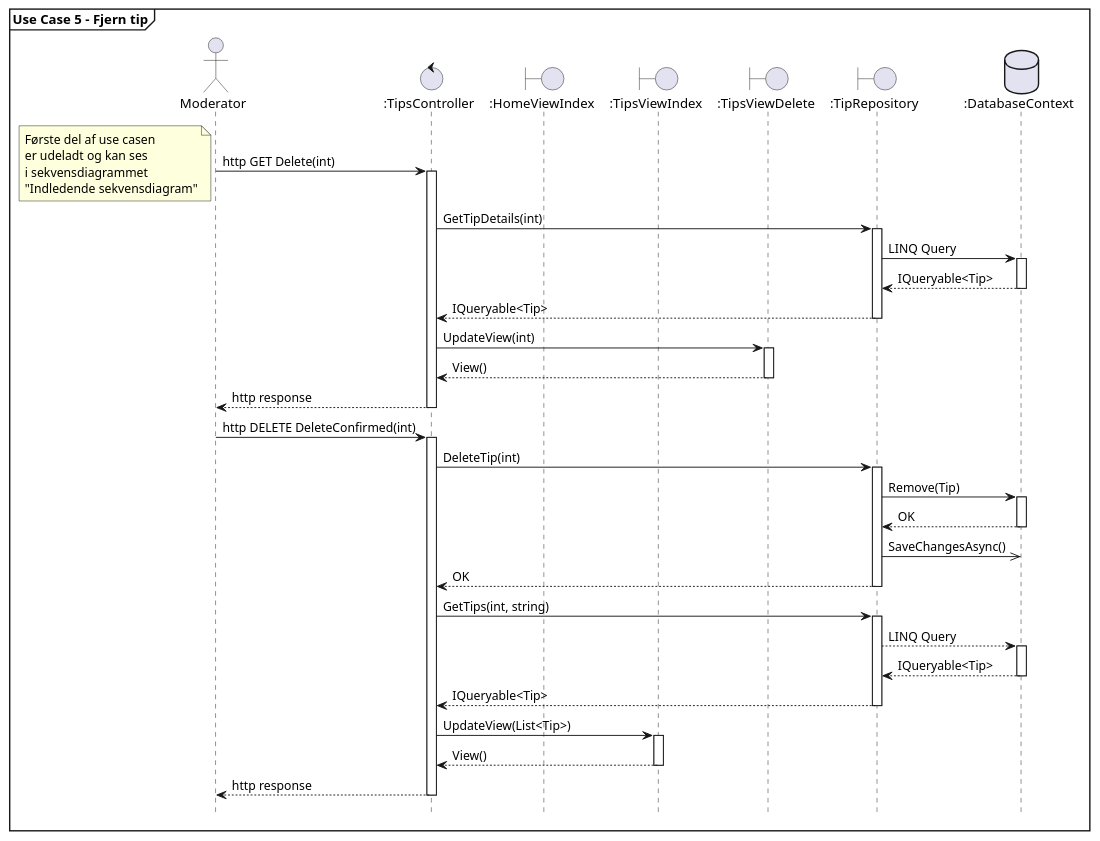
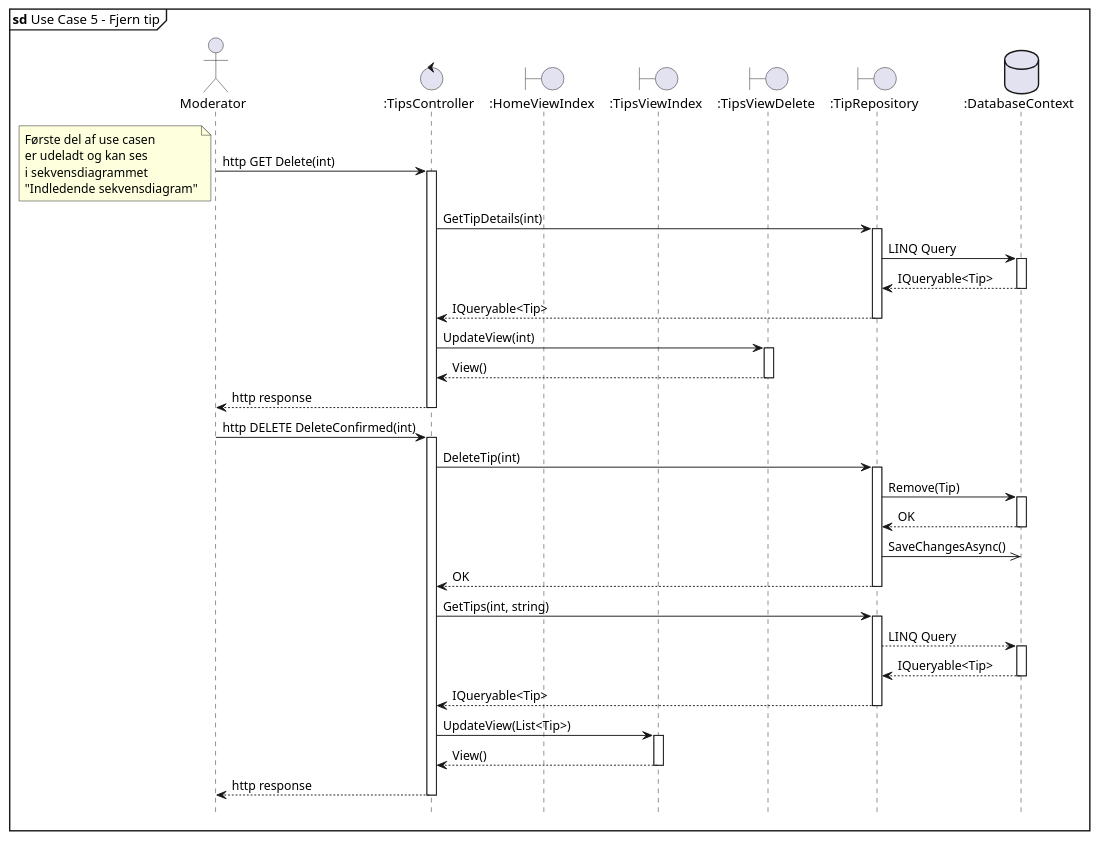
Before and after one commit to I4PRJ4/I4PRJ4-plantuml: the diagram in plantuml/Sequence Diagrams/Design/UC5.puml, drawn with PlantUML. The commit also changed 3 other files, not shown here.

```diff
--- a/plantuml/Sequence Diagrams/Design/UC5.puml
+++ b/plantuml/Sequence Diagrams/Design/UC5.puml
@@ -1,85 +1,85 @@
 @startuml
 
-mainframe **Use Case 5 - Fjern tip**
+mainframe **sd** Use Case 5 - Fjern tip
 
 actor       Moderator       as mod
 control       ":TipsController"       as tipscont
 boundary       ":HomeViewIndex"       as homeindex
 boundary       ":TipsViewIndex"       as tipsindex
 boundary       ":TipsViewDelete"       as tipsdelete
 boundary       ":TipRepository"       as tipsrepo
 database       ":DatabaseContext"       as db
 
 
 mod -> tipscont: http GET Delete(int)
 
 note left
 Første del af use casen
 er udeladt og kan ses
 i sekvensdiagrammet
 "Indledende sekvensdiagram"
 end note
 
 Activate tipscont
 tipscont -> tipsrepo: GetTipDetails(int)
 
 Activate tipsrepo
 tipsrepo -> db: LINQ Query
 
 Activate db
 db --> tipsrepo: IQueryable<Tip>
 Deactivate db
 
 tipsrepo --> tipscont: IQueryable<Tip>
 Deactivate tipsrepo
 
 tipscont -> tipsdelete: UpdateView(int)
 
 Activate tipsdelete
 tipsdelete --> tipscont: View()
 Deactivate tipsdelete
 
 tipscont --> mod: http response
 Deactivate tipscont
 
 mod -> tipscont: http DELETE DeleteConfirmed(int)
 
 Activate tipscont
 tipscont -> tipsrepo: DeleteTip(int)
 
 Activate tipsrepo
 tipsrepo -> db: Remove(Tip)
 
 Activate db
 db --> tipsrepo: OK
 Deactivate db
 
 tipsrepo ->> db: SaveChangesAsync()
 
 tipsrepo --> tipscont: OK
 Deactivate tipsrepo
 
 tipscont -> tipsrepo: GetTips(int, string)
 
 Activate tipsrepo
 tipsrepo --> db: LINQ Query
 
 Activate db
 db --> tipsrepo: IQueryable<Tip>
 Deactivate db
 
 tipsrepo --> tipscont: IQueryable<Tip>
 Deactivate tipsrepo
 
 tipscont -> tipsindex: UpdateView(List<Tip>)
 
 Activate tipsindex
 tipsindex --> tipscont: View()
 Deactivate tipsindex
 
 tipscont --> mod: http response
 Deactivate tipscont
 
 
 hide footbox
 @enduml
```
